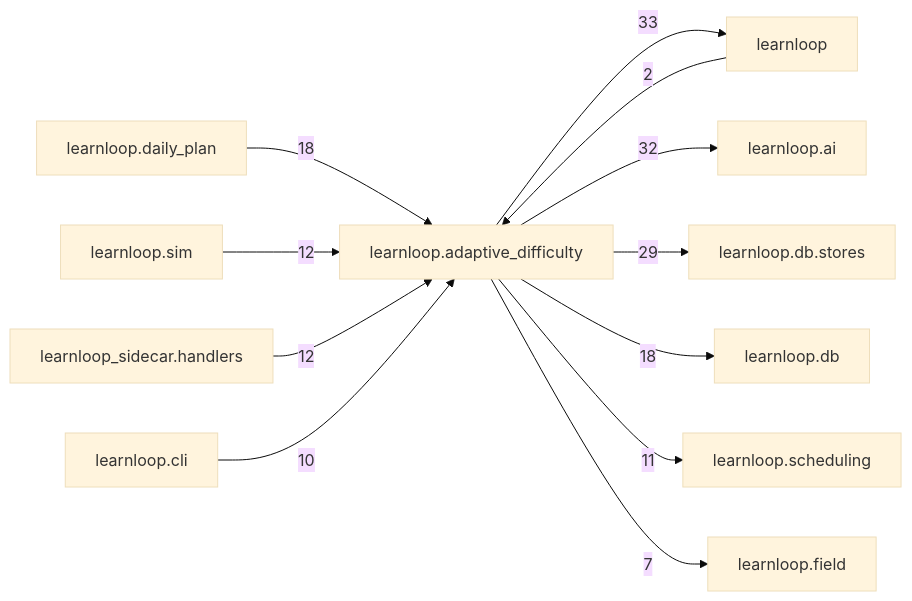
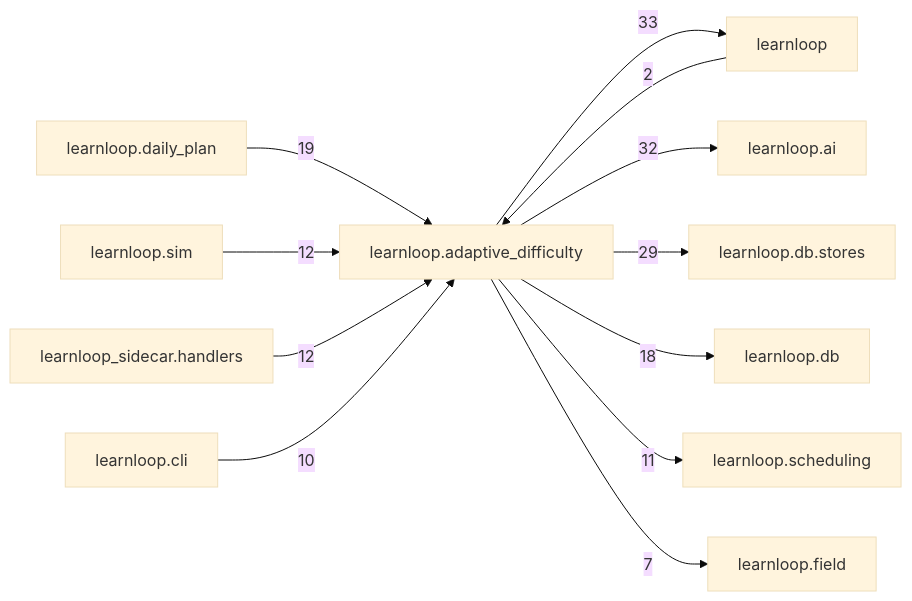
One commit to 6up-b/learnanything changed the diagram in docs/learnloop-architecture-vault/Reference/Modules/learnloop/adaptive_difficulty/_package.md. Above: the diagram before and after it, drawn with Mermaid (base theme). The commit also changed other lines of this file and 532 other files, not shown here.

````diff
--- a/docs/learnloop-architecture-vault/Reference/Modules/learnloop/adaptive_difficulty/_package.md
+++ b/docs/learnloop-architecture-vault/Reference/Modules/learnloop/adaptive_difficulty/_package.md
@@ -181,25 +181,25 @@
 ```mermaid
 flowchart LR
     center["learnloop.adaptive_difficulty"]
     n_learnloop["learnloop"]
     n_learnloop_ai["learnloop.ai"]
     n_learnloop_db_stores["learnloop.db.stores"]
     n_learnloop_daily_plan["learnloop.daily_plan"]
     n_learnloop_db["learnloop.db"]
     n_learnloop_sim["learnloop.sim"]
     n_learnloop_sidecar_handlers["learnloop_sidecar.handlers"]
     n_learnloop_scheduling["learnloop.scheduling"]
     n_learnloop_cli["learnloop.cli"]
     n_learnloop_field["learnloop.field"]
     n_learnloop -->|2| center
     center -->|33| n_learnloop
     center -->|32| n_learnloop_ai
     center -->|29| n_learnloop_db_stores
-    n_learnloop_daily_plan -->|18| center
+    n_learnloop_daily_plan -->|19| center
     center -->|18| n_learnloop_db
     n_learnloop_sim -->|12| center
     n_learnloop_sidecar_handlers -->|12| center
     center -->|11| n_learnloop_scheduling
     n_learnloop_cli -->|10| center
     center -->|7| n_learnloop_field
 ```
````
